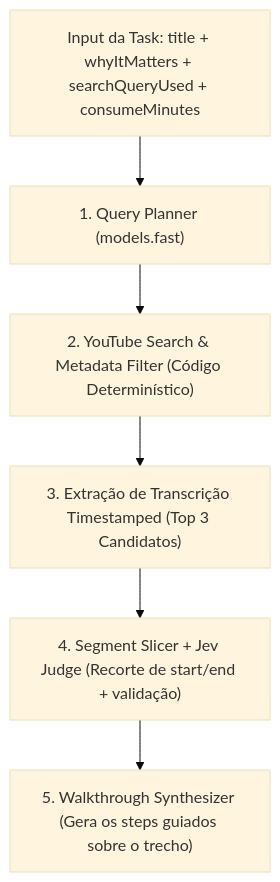
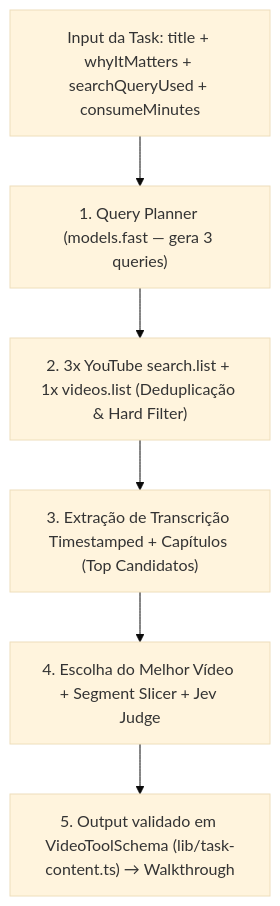
The first of 3 diagrams in steering/TaskCreation.md (Bernardo07dev/glint), drawn with Mermaid (base theme) before and after one commit. The commit also changed other lines of this file and 11 other files, not shown here.

````diff
--- a/steering/TaskCreation.md
+++ b/steering/TaskCreation.md
@@ -214,8 +217,8 @@
 ```mermaid
 flowchart TD
-    A["Input da Task: title + whyItMatters + searchQueryUsed + consumeMinutes"] --> B["1. Query Planner (models.fast)"]
-    B --> C["2. YouTube Search & Metadata Filter (Código Determinístico)"]
-    C --> D["3. Extração de Transcrição Timestamped (Top 3 Candidatos)"]
-    D --> E["4. Segment Slicer + Jev Judge (Recorte de start/end + validação)"]
-    E --> F["5. Walkthrough Synthesizer (Gera os steps guiados sobre o trecho)"]
+    A["Input da Task: title + whyItMatters + searchQueryUsed + consumeMinutes"] --> B["1. Query Planner (models.fast — gera 3 queries)"]
+    B --> C["2. 3x YouTube search.list + 1x videos.list (Deduplicação & Hard Filter)"]
+    C --> D["3. Extração de Transcrição Timestamped + Capítulos (Top Candidatos)"]
+    D --> E["4. Escolha do Melhor Vídeo + Segment Slicer + Jev Judge"]
+    E --> F["5. Output validado em VideoToolSchema (lib/task-content.ts) → Walkthrough"]
 ```
````
